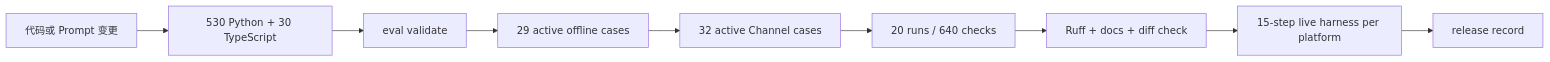
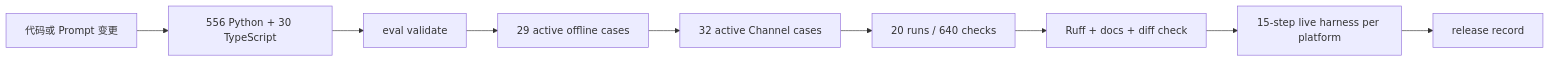
Before and after one commit to NEDONION/lobster0: the diagram in docs/evals/README.md, drawn with Mermaid. The commit also changed other lines of this file and 31 other files, not shown here.

````diff
--- a/docs/evals/README.md
+++ b/docs/evals/README.md
@@ -18,11 +18,11 @@
 ```mermaid
 flowchart LR
-    CHANGE["代码或 Prompt 变更"] --> UNIT["530 Python + 30 TypeScript"]
+    CHANGE["代码或 Prompt 变更"] --> UNIT["556 Python + 30 TypeScript"]
     UNIT --> VALIDATE["eval validate"]
     VALIDATE --> OFFLINE["29 active offline cases"]
     OFFLINE --> CHANNEL["32 active Channel cases"]
     CHANNEL --> SOAK["20 runs / 640 checks"]
     SOAK --> RUFF["Ruff + docs + diff check"]
     RUFF --> LIVE["15-step live harness per platform"]
     LIVE --> RECORD["release record"]
 ```
````
